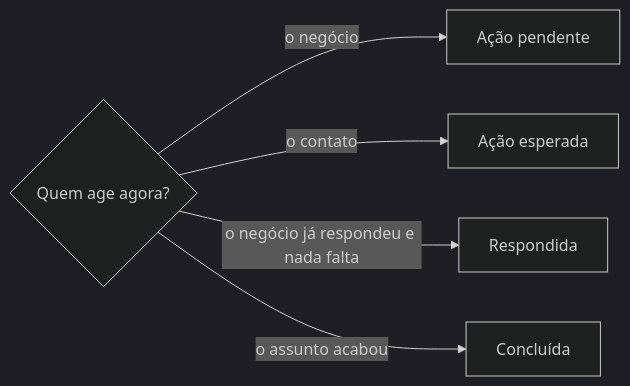
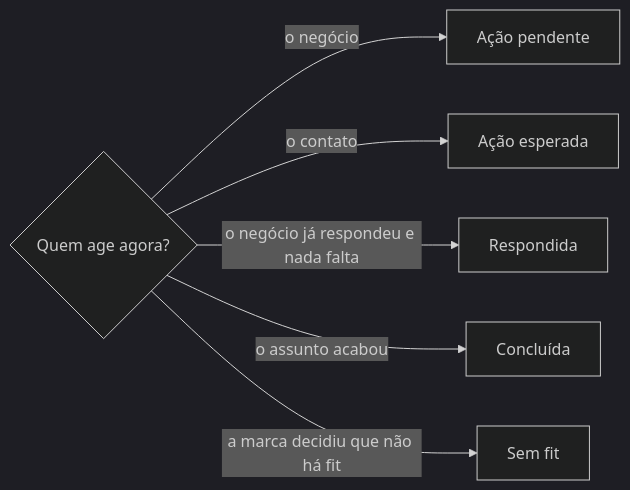
One commit to jimmyandrade/harness changed the diagram in .agents/skills/rotular-item/SKILL.md. Above: the diagram before and after it, drawn with Mermaid (dark theme). The commit also changed other lines of this file and 3 other files, not shown here.

Commit message:
feat: add the Sem fit conversation state for what the brand decided does not fit (#1351)

````diff
--- a/.agents/skills/rotular-item/SKILL.md
+++ b/.agents/skills/rotular-item/SKILL.md
@@ -48,7 +49,8 @@
 ```mermaid
 flowchart LR
   E{Quem age agora?} -->|o negócio| P[Ação pendente]
   E -->|o contato| A[Ação esperada]
   E -->|o negócio já respondeu e nada falta| R[Respondida]
   E -->|o assunto acabou| C[Concluída]
+  E -->|a marca decidiu que não há fit| F[Sem fit]
 ```
````
